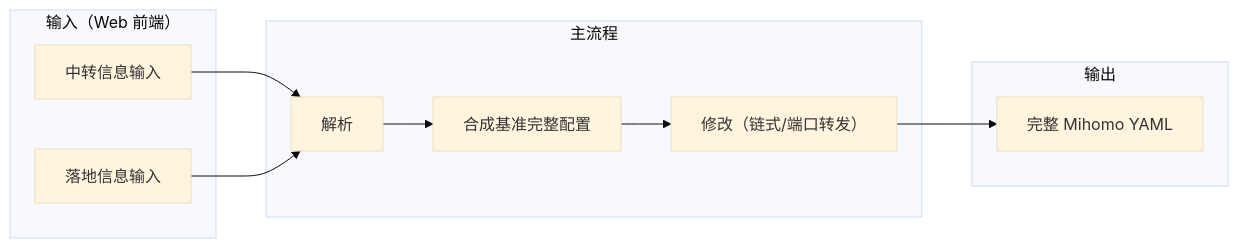
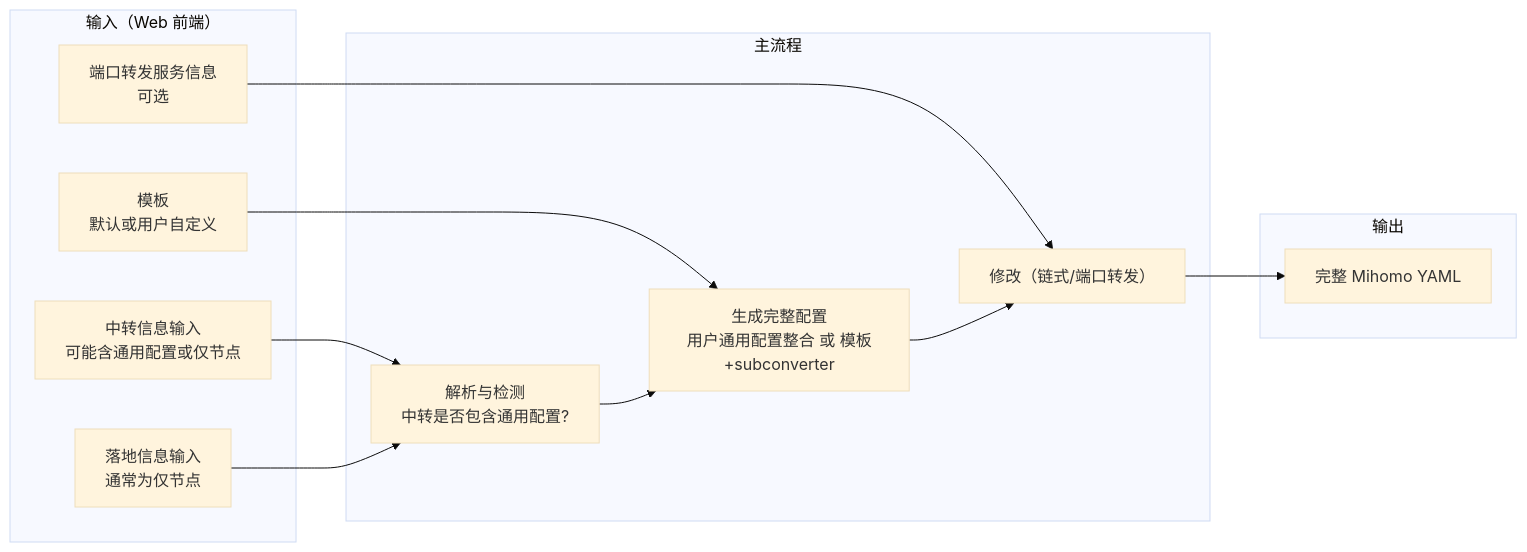
The diagram in docs/spec/01-overview.md (slackworker/chain-subconverter), drawn with Mermaid (base theme) before and after one commit. The commit also changed other lines of this file and 9 other files, not shown here.

````diff
--- a/docs/spec/01-overview.md
+++ b/docs/spec/01-overview.md
@@ -25,23 +24,27 @@
 ```mermaid
 flowchart LR
   subgraph Input[输入（Web 前端）]
-    T[中转信息输入]
-    L[落地信息输入]
+    T[中转信息输入<br/>可能含通用配置或仅节点]
+    L[落地信息输入<br/>通常为仅节点]
+    TP[模板<br/>默认或用户自定义]
+    F[端口转发服务信息<br/>可选]
   end
 
   subgraph Flow[主流程]
-    P[解析]
-    S[合成基准完整配置]
+    P[解析与检测<br/>中转是否包含通用配置?]
+    S[生成完整配置<br/>用户通用配置整合 或 模板+subconverter]
     M[修改（链式/端口转发）]
   end
 
   subgraph Output[输出]
     O[完整 Mihomo YAML]
   end
 
   T --> P
   L --> P
+  TP --> S
+  F --> M
   P --> S
   S --> M
   M --> O
 ```
````
